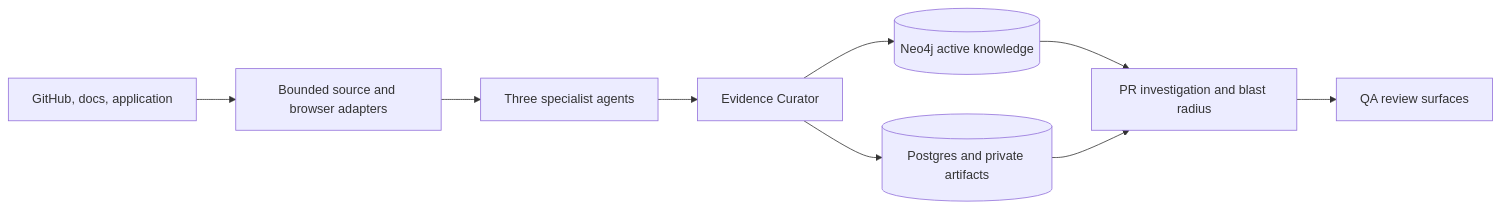
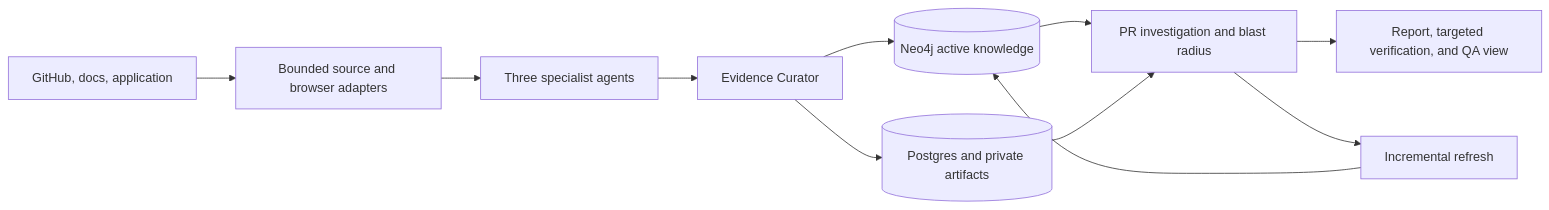
The first of 4 diagrams in DESIGN.md (mohit-nagaraj/sentinel), drawn with Mermaid before and after one commit. The commit also changed other lines of this file and 11 other files, not shown here.

Commit message:
docs(delivery): reconcile completed verification features

````diff
--- a/DESIGN.md
+++ b/DESIGN.md
@@ -104,11 +104,13 @@
 ```mermaid
 flowchart LR
   Sources[GitHub, docs, application] --> Adapters[Bounded source and browser adapters]
   Adapters --> Specialists[Three specialist agents]
   Specialists --> Curator[Evidence Curator]
   Curator --> Graph[(Neo4j active knowledge)]
   Curator --> Ops[(Postgres and private artifacts)]
   Graph --> Assessment[PR investigation and blast radius]
   Ops --> Assessment
-  Assessment --> Review[QA review surfaces]
+  Assessment --> Delivery[Report, targeted verification, and QA view]
+  Assessment --> Refresh[Incremental refresh]
+  Refresh --> Graph
 ```
````
